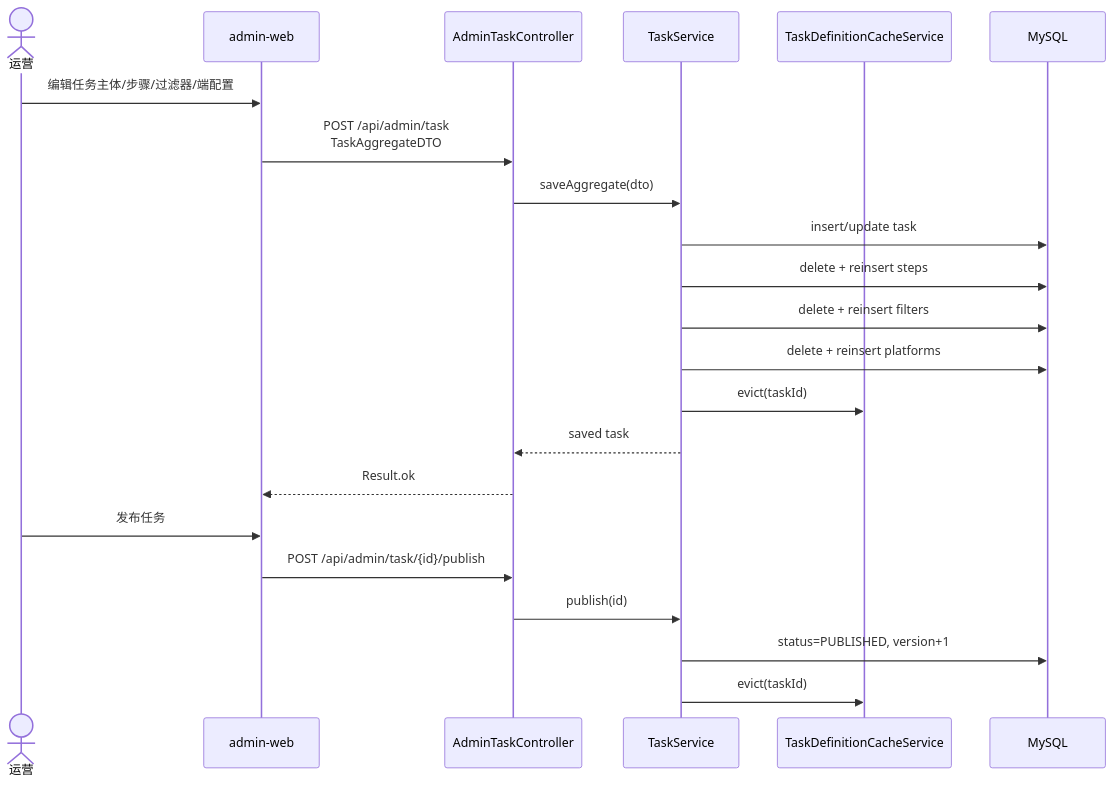
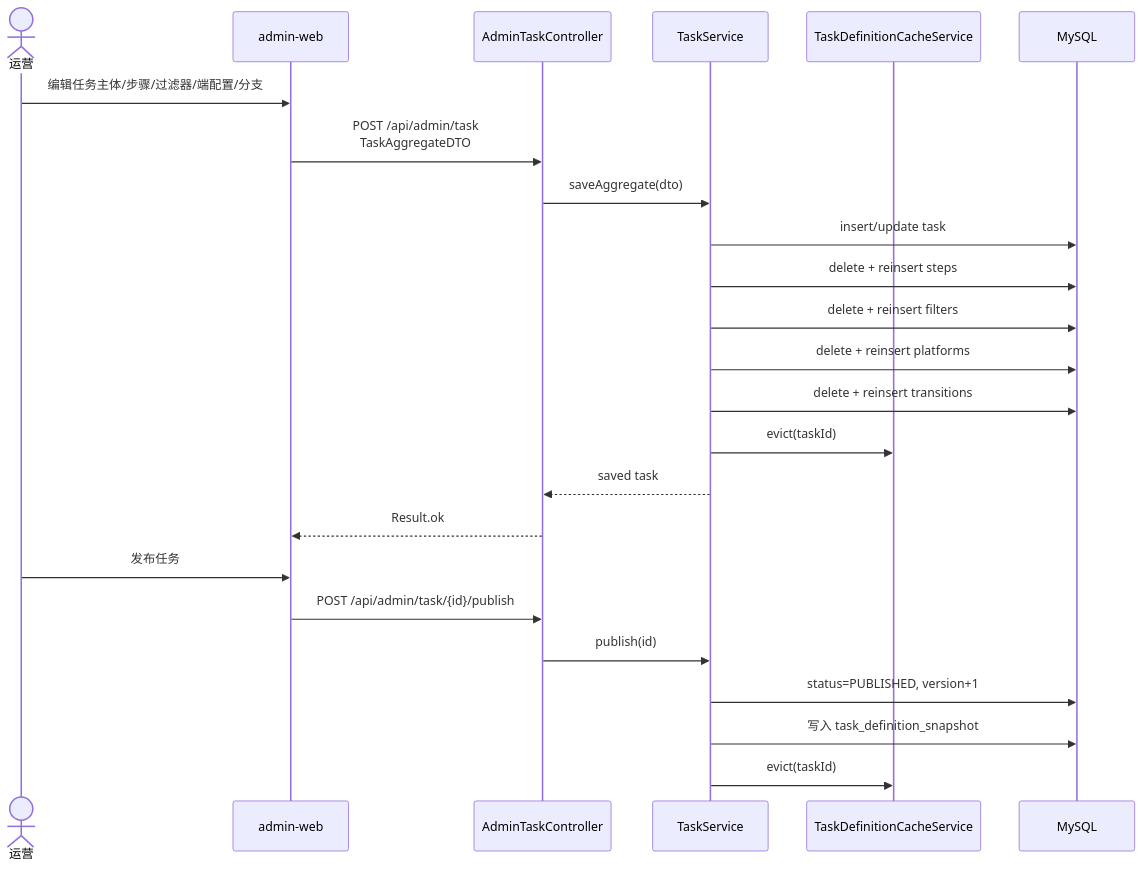
The fifth of 11 diagrams in docs/architecture.md (xuankuxiaohui/marketing-task-platform), drawn with Mermaid before and after one commit. The commit also changed other lines of this file and 7 other files, not shown here.

First line of the commit message:
docs: update architecture doc and add v0.5.0/v0.5.1 spec

````diff
--- a/docs/architecture.md
+++ b/docs/architecture.md
@@ -93,26 +339,28 @@
 ```mermaid
 sequenceDiagram
     actor Operator as 运营
     participant AdminWeb as admin-web
     participant AdminApi as AdminTaskController
     participant TaskService as TaskService
     participant Cache as TaskDefinitionCacheService
     participant DB as MySQL
 
-    Operator->>AdminWeb: 编辑任务主体/步骤/过滤器/端配置
+    Operator->>AdminWeb: 编辑任务主体/步骤/过滤器/端配置/分支
     AdminWeb->>AdminApi: POST /api/admin/task<br/>TaskAggregateDTO
     AdminApi->>TaskService: saveAggregate(dto)
     TaskService->>DB: insert/update task
     TaskService->>DB: delete + reinsert steps
     TaskService->>DB: delete + reinsert filters
     TaskService->>DB: delete + reinsert platforms
+    TaskService->>DB: delete + reinsert transitions
     TaskService->>Cache: evict(taskId)
     TaskService-->>AdminApi: saved task
     AdminApi-->>AdminWeb: Result.ok
 
     Operator->>AdminWeb: 发布任务
     AdminWeb->>AdminApi: POST /api/admin/task/{id}/publish
     AdminApi->>TaskService: publish(id)
     TaskService->>DB: status=PUBLISHED, version+1
+    TaskService->>DB: 写入 task_definition_snapshot
     TaskService->>Cache: evict(taskId)
 ```
````
